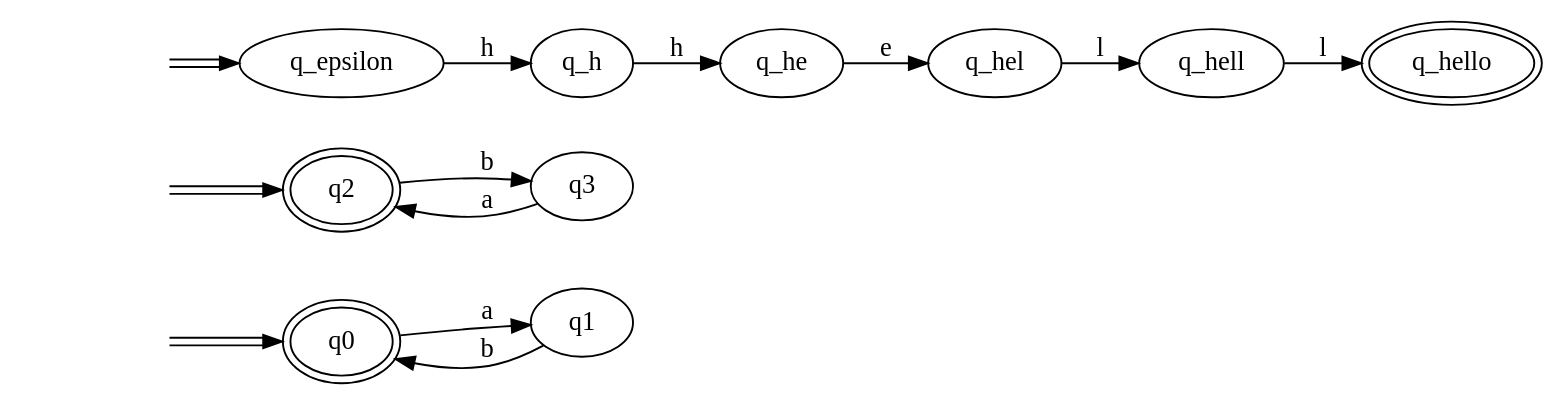
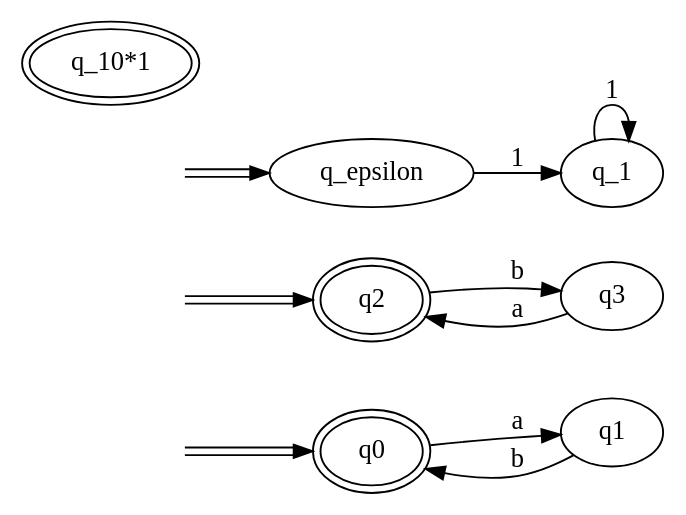
One commit to ptitguigui/Licence_Info-S5 changed the diagram in tp5/automate-test.dot. Above: the diagram before and after it, drawn with Graphviz. The commit also changed 3 other files, not shown here.

```diff
--- a/tp5/automate-test.dot
+++ b/tp5/automate-test.dot
@@ -1,18 +1,15 @@
 digraph Automaton { 
   rankdir = LR
-  0 [label="q0",peripheries=2];  1 [label="q1"];  2 [label="q2",peripheries=2];  3 [label="q3"];  4 [label="q_epsilon"];  5 [label="q_h"];  6 [label="q_he"];  7 [label="q_hel"];  8 [label="q_hell"];  9 [label="q_hello",peripheries=2];  start2 [style=invis]
+  0 [label="q0",peripheries=2];  1 [label="q1"];  2 [label="q2",peripheries=2];  3 [label="q3"];  4 [label="q_epsilon"];  5 [label="q_1"];  6 [label="q_10*1",peripheries=2];  start2 [style=invis]
   start2 -> 2[color="black:white:black"]
   start4 [style=invis]
   start4 -> 4[color="black:white:black"]
   start0 [style=invis]
   start0 -> 0[color="black:white:black"]
   0 -> 1 [label = "a" ]
   1 -> 0 [label = "b" ]
   2 -> 3 [label = "b" ]
   3 -> 2 [label = "a" ]
-  4 -> 5 [label = "h" ]
-  5 -> 6 [label = "h" ]
-  6 -> 7 [label = "e" ]
-  7 -> 8 [label = "l" ]
-  8 -> 9 [label = "l" ]
+  4 -> 5 [label = "1" ]
+  5 -> 5 [label = "1" ]
 }
```
